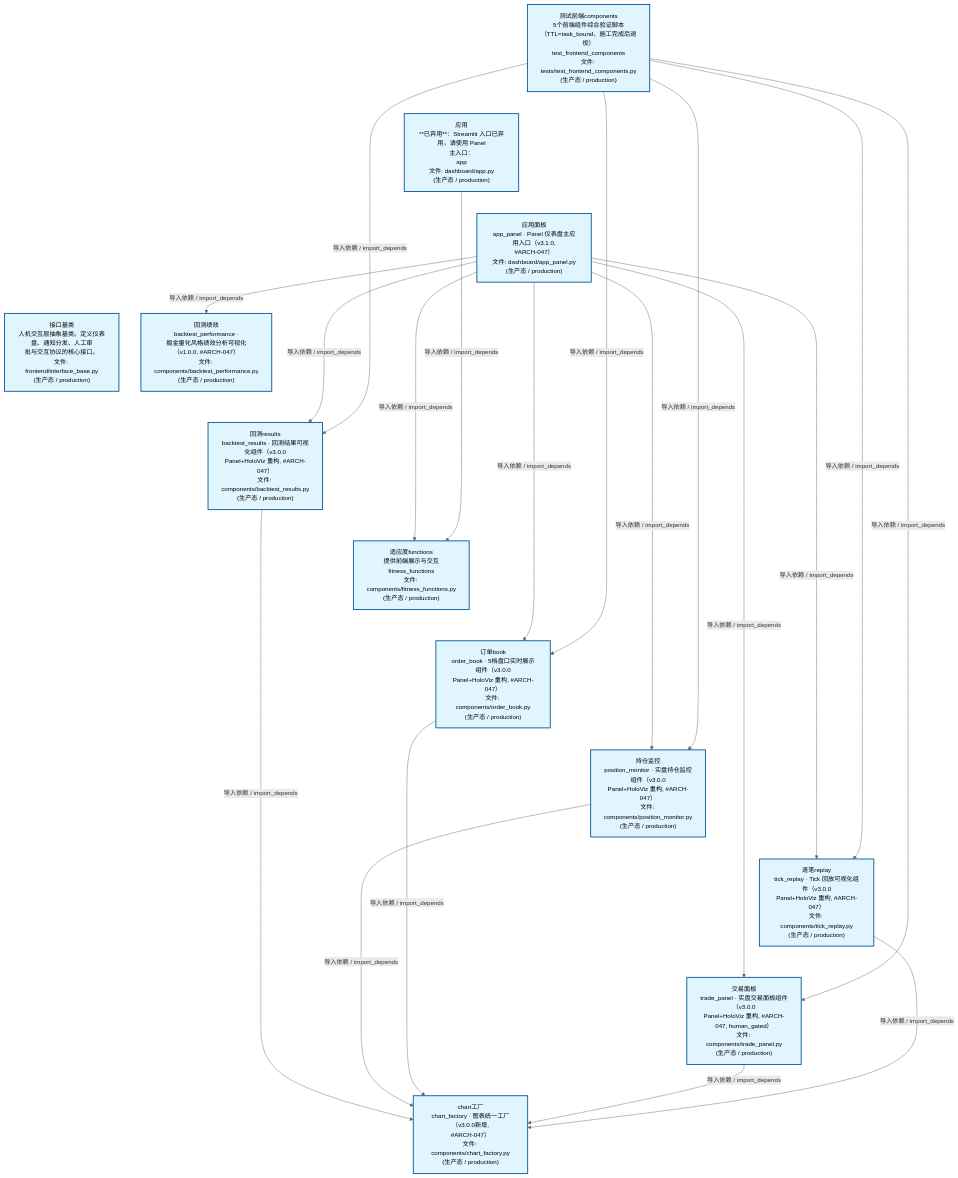
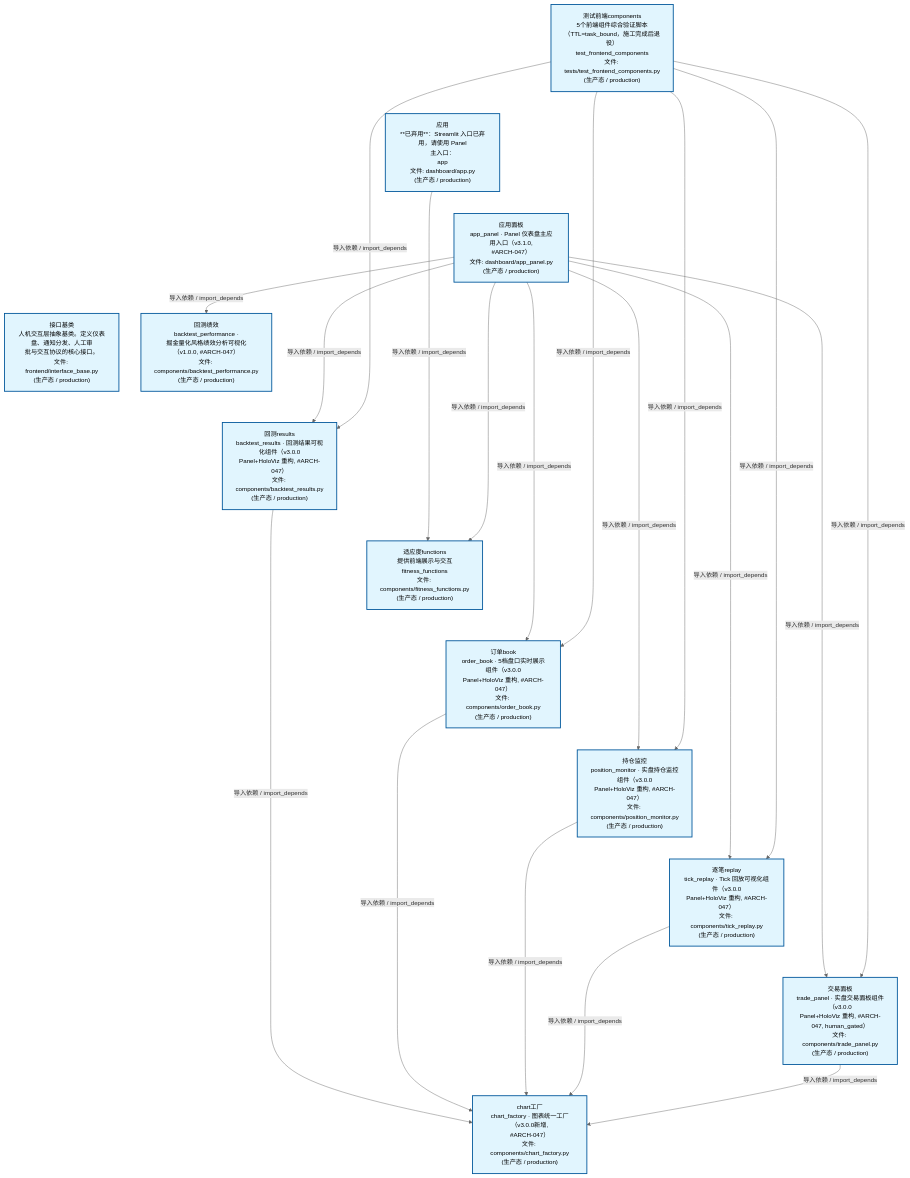
The second of 4 diagrams in docs/02_enterprise_architecture/02_domain_architecture_docs/47_d_frontend.md (xuanFelixVan/ZephyrAlpha), drawn with Mermaid before and after one commit. The commit also changed other lines of this file and 47 other files, not shown here.

````diff
--- a/docs/02_enterprise_architecture/02_domain_architecture_docs/47_d_frontend.md
+++ b/docs/02_enterprise_architecture/02_domain_architecture_docs/47_d_frontend.md
@@ -124,48 +124,48 @@
 ```mermaid
 %%{init: {'theme': 'base', 'themeVariables': {'primaryColor': '#eaeaea', 'primaryTextColor': '#333333', 'primaryBorderColor': '#666666', 'lineColor': '#666666', 'secondaryColor': '#eaeaea', 'tertiaryColor': '#eaeaea', 'fontSize': '14px'}}}%%
 flowchart TD
     scripts_tests_test_frontend_components_py["测试前端components<br/>5个前端组件综合验证脚本<br/>（TTL=task_bound，施工完成后退役）<br/>test_frontend_components<br/>文件: tests/test_frontend_components.py<br/>(生产态 / production)"]
     src_zephyr_frontend_dashboard_app_py["应用<br/>**已弃用**：Streamlit 入口已弃用，请使用 Panel<br/>主入口：<br/>app<br/>文件: dashboard/app.py<br/>(生产态 / production)"]
     src_zephyr_frontend_dashboard_app_panel_py["应用面板<br/>app_panel · Panel 仪表盘主应用入口（v3.1.0,<br/>#ARCH-047）<br/>文件: dashboard/app_panel.py<br/>(生产态 / production)"]
     src_zephyr_frontend_interface_base_py["接口基类<br/>人机交互层抽象基类。定义仪表盘、通知分发、人工审<br/>批与交互协议的核心接口。<br/>文件: frontend/interface_base.py<br/>(生产态 / production)"]
     scripts_tests_test_frontend_components_py ~~~ src_zephyr_frontend_dashboard_app_py
     src_zephyr_frontend_dashboard_app_py ~~~ src_zephyr_frontend_dashboard_app_panel_py
     src_zephyr_frontend_dashboard_app_panel_py ~~~ src_zephyr_frontend_interface_base_py
     src_zephyr_frontend_dashboard_components_backtest_performance_py["回测绩效<br/>backtest_performance ·<br/>掘金量化风格绩效分析可视化（v1.0.0, #ARCH-047）<br/>文件: components/backtest_performance.py<br/>(生产态 / production)"]
     src_zephyr_frontend_dashboard_components_backtest_results_py["回测results<br/>backtest_results · 回测结果可视化组件（v3.0.0<br/>Panel+HoloViz 重构, #ARCH-047）<br/>文件: components/backtest_results.py<br/>(生产态 / production)"]
     src_zephyr_frontend_dashboard_components_fitness_functions_py["适应度functions<br/>提供前端展示与交互<br/>fitness_functions<br/>文件: components/fitness_functions.py<br/>(生产态 / production)"]
     src_zephyr_frontend_dashboard_components_order_book_py["订单book<br/>order_book · 5档盘口实时展示组件（v3.0.0<br/>Panel+HoloViz 重构, #ARCH-047）<br/>文件: components/order_book.py<br/>(生产态 / production)"]
     src_zephyr_frontend_dashboard_components_position_monitor_py["持仓监控<br/>position_monitor · 实盘持仓监控组件（v3.0.0<br/>Panel+HoloViz 重构, #ARCH-047）<br/>文件: components/position_monitor.py<br/>(生产态 / production)"]
     src_zephyr_frontend_dashboard_components_tick_replay_py["逐笔replay<br/>tick_replay · Tick 回放可视化组件（v3.0.0<br/>Panel+HoloViz 重构, #ARCH-047）<br/>文件: components/tick_replay.py<br/>(生产态 / production)"]
     src_zephyr_frontend_dashboard_components_trade_panel_py["交易面板<br/>trade_panel · 实盘交易面板组件（v3.0.0<br/>Panel+HoloViz 重构, #ARCH-047, human_gated）<br/>文件: components/trade_panel.py<br/>(生产态 / production)"]
     src_zephyr_frontend_dashboard_components_backtest_performance_py ~~~ src_zephyr_frontend_dashboard_components_backtest_results_py
     src_zephyr_frontend_dashboard_components_backtest_results_py ~~~ src_zephyr_frontend_dashboard_components_fitness_functions_py
     src_zephyr_frontend_dashboard_components_fitness_functions_py ~~~ src_zephyr_frontend_dashboard_components_order_book_py
     src_zephyr_frontend_dashboard_components_order_book_py ~~~ src_zephyr_frontend_dashboard_components_position_monitor_py
     src_zephyr_frontend_dashboard_components_position_monitor_py ~~~ src_zephyr_frontend_dashboard_components_tick_replay_py
     src_zephyr_frontend_dashboard_components_tick_replay_py ~~~ src_zephyr_frontend_dashboard_components_trade_panel_py
     src_zephyr_frontend_dashboard_components_chart_factory_py["chart工厂<br/>chart_factory · 图表统一工厂（v3.0.0新增,<br/>#ARCH-047）<br/>文件: components/chart_factory.py<br/>(生产态 / production)"]
+    src_zephyr_frontend_dashboard_app_py -->|导入依赖 / import_depends| src_zephyr_frontend_dashboard_components_fitness_functions_py
     src_zephyr_frontend_dashboard_app_panel_py -->|导入依赖 / import_depends| src_zephyr_frontend_dashboard_components_backtest_performance_py
     src_zephyr_frontend_dashboard_app_panel_py -->|导入依赖 / import_depends| src_zephyr_frontend_dashboard_components_fitness_functions_py
     src_zephyr_frontend_dashboard_app_panel_py -->|导入依赖 / import_depends| src_zephyr_frontend_dashboard_components_backtest_results_py
+    src_zephyr_frontend_dashboard_app_panel_py -->|导入依赖 / import_depends| src_zephyr_frontend_dashboard_components_order_book_py
     src_zephyr_frontend_dashboard_app_panel_py -->|导入依赖 / import_depends| src_zephyr_frontend_dashboard_components_position_monitor_py
-    src_zephyr_frontend_dashboard_app_panel_py -->|导入依赖 / import_depends| src_zephyr_frontend_dashboard_components_order_book_py
+    src_zephyr_frontend_dashboard_app_panel_py -->|导入依赖 / import_depends| src_zephyr_frontend_dashboard_components_tick_replay_py
     src_zephyr_frontend_dashboard_app_panel_py -->|导入依赖 / import_depends| src_zephyr_frontend_dashboard_components_trade_panel_py
-    src_zephyr_frontend_dashboard_app_panel_py -->|导入依赖 / import_depends| src_zephyr_frontend_dashboard_components_tick_replay_py
-    src_zephyr_frontend_dashboard_app_py -->|导入依赖 / import_depends| src_zephyr_frontend_dashboard_components_fitness_functions_py
     src_zephyr_frontend_dashboard_components_backtest_results_py -->|导入依赖 / import_depends| src_zephyr_frontend_dashboard_components_chart_factory_py
+    src_zephyr_frontend_dashboard_components_order_book_py -->|导入依赖 / import_depends| src_zephyr_frontend_dashboard_components_chart_factory_py
     src_zephyr_frontend_dashboard_components_position_monitor_py -->|导入依赖 / import_depends| src_zephyr_frontend_dashboard_components_chart_factory_py
-    src_zephyr_frontend_dashboard_components_order_book_py -->|导入依赖 / import_depends| src_zephyr_frontend_dashboard_components_chart_factory_py
+    src_zephyr_frontend_dashboard_components_tick_replay_py -->|导入依赖 / import_depends| src_zephyr_frontend_dashboard_components_chart_factory_py
     src_zephyr_frontend_dashboard_components_trade_panel_py -->|导入依赖 / import_depends| src_zephyr_frontend_dashboard_components_chart_factory_py
-    src_zephyr_frontend_dashboard_components_tick_replay_py -->|导入依赖 / import_depends| src_zephyr_frontend_dashboard_components_chart_factory_py
     scripts_tests_test_frontend_components_py -->|导入依赖 / import_depends| src_zephyr_frontend_dashboard_components_backtest_results_py
+    scripts_tests_test_frontend_components_py -->|导入依赖 / import_depends| src_zephyr_frontend_dashboard_components_order_book_py
     scripts_tests_test_frontend_components_py -->|导入依赖 / import_depends| src_zephyr_frontend_dashboard_components_position_monitor_py
-    scripts_tests_test_frontend_components_py -->|导入依赖 / import_depends| src_zephyr_frontend_dashboard_components_order_book_py
+    scripts_tests_test_frontend_components_py -->|导入依赖 / import_depends| src_zephyr_frontend_dashboard_components_tick_replay_py
     scripts_tests_test_frontend_components_py -->|导入依赖 / import_depends| src_zephyr_frontend_dashboard_components_trade_panel_py
-    scripts_tests_test_frontend_components_py -->|导入依赖 / import_depends| src_zephyr_frontend_dashboard_components_tick_replay_py
     classDef production fill:#e1f5fe,stroke:#01579b,stroke-width:2px,color:#000
     classDef design fill:#fff3e0,stroke:#e65100,stroke-width:2px,color:#000,stroke-dasharray: 5 5
     classDef external_prod fill:#e8f4fd,stroke:#0277bd,stroke-width:1px,color:#000
     classDef external_design fill:#fff8e7,stroke:#ef6c00,stroke-width:1px,color:#000,stroke-dasharray: 5 5
     class scripts_tests_test_frontend_components_py,src_zephyr_frontend_dashboard_app_py,src_zephyr_frontend_dashboard_app_panel_py,src_zephyr_frontend_dashboard_components_backtest_performance_py,src_zephyr_frontend_dashboard_components_backtest_results_py,src_zephyr_frontend_dashboard_components_chart_factory_py,src_zephyr_frontend_dashboard_components_fitness_functions_py,src_zephyr_frontend_dashboard_components_order_book_py,src_zephyr_frontend_dashboard_components_position_monitor_py,src_zephyr_frontend_dashboard_components_tick_replay_py,src_zephyr_frontend_dashboard_components_trade_panel_py,src_zephyr_frontend_interface_base_py production
 ```
````
